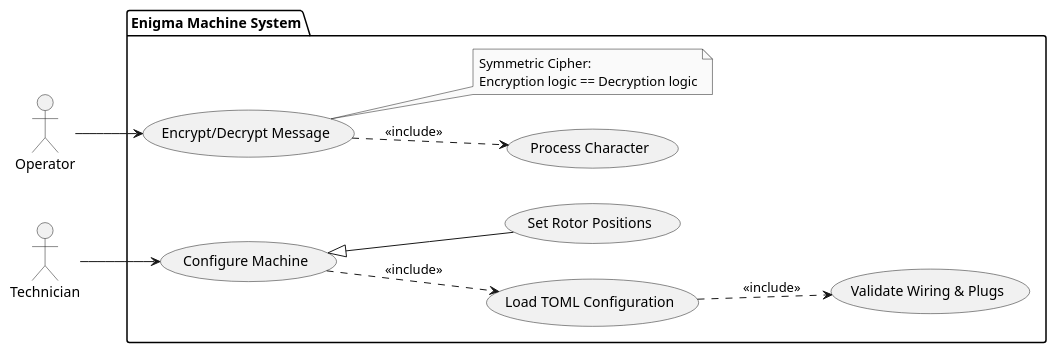
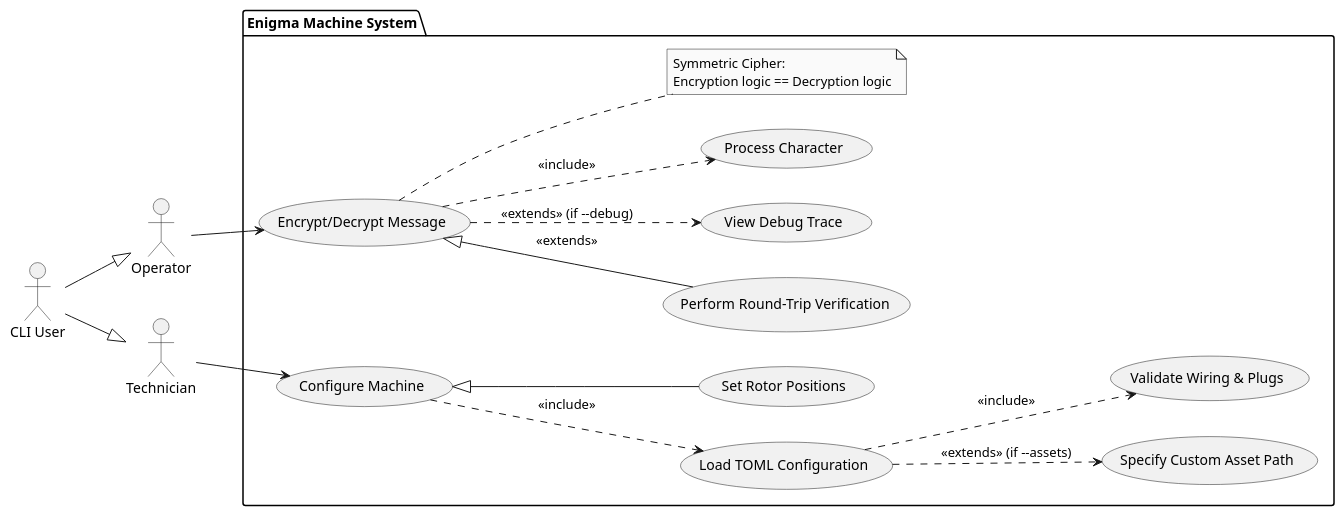
One commit to alvarocleite/EnigmaMachineCore changed the diagram in docs/diagrams/use_case.puml. Above: the diagram before and after it, drawn with PlantUML. The commit also changed 30 other files, not shown here.

```diff
--- a/docs/diagrams/use_case.puml
+++ b/docs/diagrams/use_case.puml
@@ -1,34 +1,49 @@
 @startuml EnigmaCore_Use_Case_Diagram
 
 skinparam monochrome true
 left to right direction
 
+' Actors
 actor "Operator" as User
 actor "Technician" as Tech
+actor "CLI User" as CLI
+
+' Inheritance
+CLI --|> User
+CLI --|> Tech
 
 package "Enigma Machine System" {
     
+    ' Core Operations
     usecase "Encrypt/Decrypt Message" as UC1
+    usecase "Perform Round-Trip Verification" as UC1a
+    usecase "View Debug Trace" as UC2
     usecase "Process Character" as UC3
     
+    ' Configuration
     usecase "Configure Machine" as UC4
     usecase "Load TOML Configuration" as UC5
-    usecase "Validate Wiring & Plugs" as UC5a
+    usecase "Specify Custom Asset Path" as UC5a
+    usecase "Validate Wiring & Plugs" as UC5b
     usecase "Set Rotor Positions" as UC6
     
     ' Relationships
     User --> UC1
     
     UC1 ..> UC3 : <<include>>
+    UC1 <|-- UC1a : <<extends>>
+    
+    UC1 ..> UC2 : <<extends>> (if --debug)
     
     Tech --> UC4
     UC4 ..> UC5 : <<include>>
-    UC5 ..> UC5a : <<include>>
+    UC5 ..> UC5a : <<extends>> (if --assets)
+    UC5 ..> UC5b : <<include>>
     UC4 <|-- UC6
     
     ' Note: In this system, encryption and decryption are symmetric operations
     note "Symmetric Cipher:\nEncryption logic == Decryption logic" as N1
     (UC1) .. N1
 }
 
 @enduml
```
